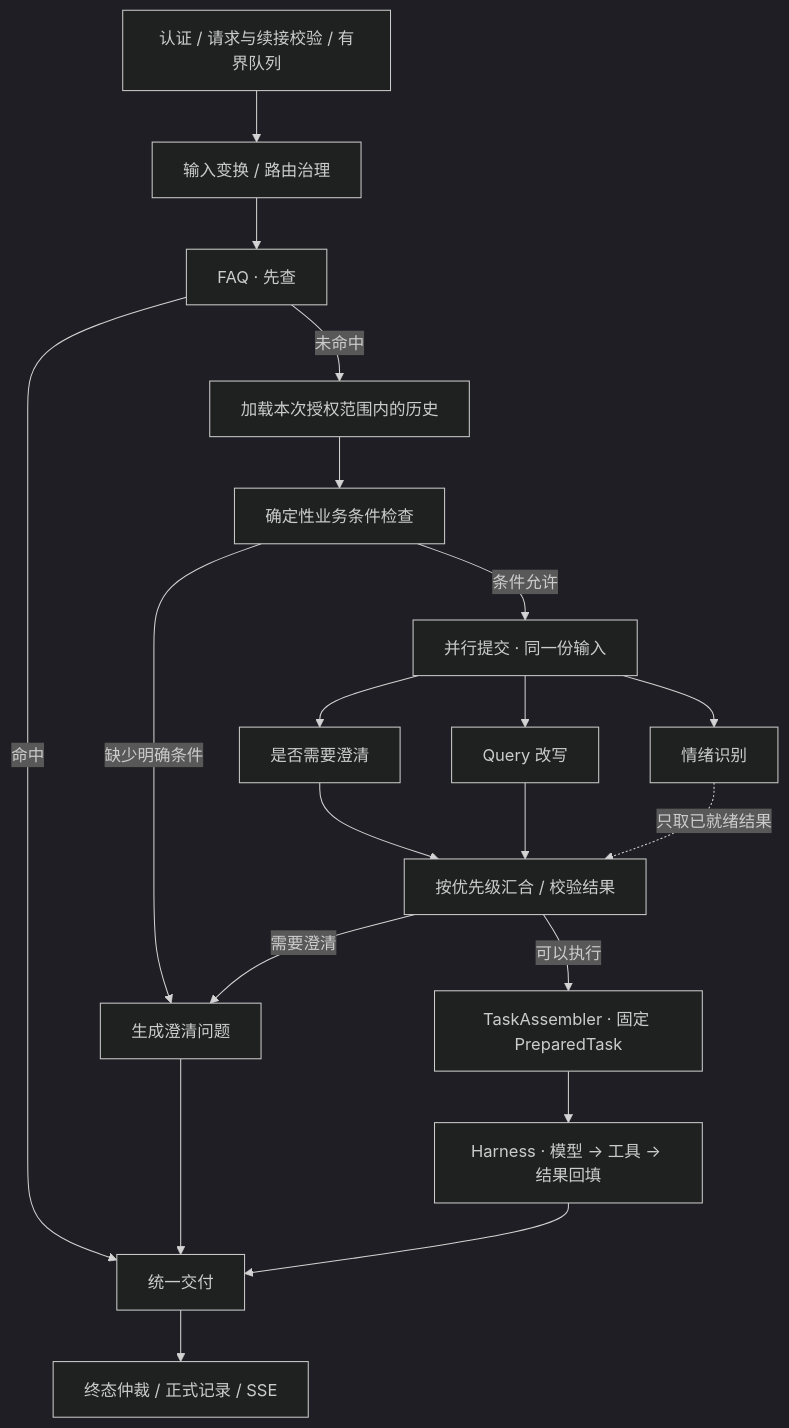
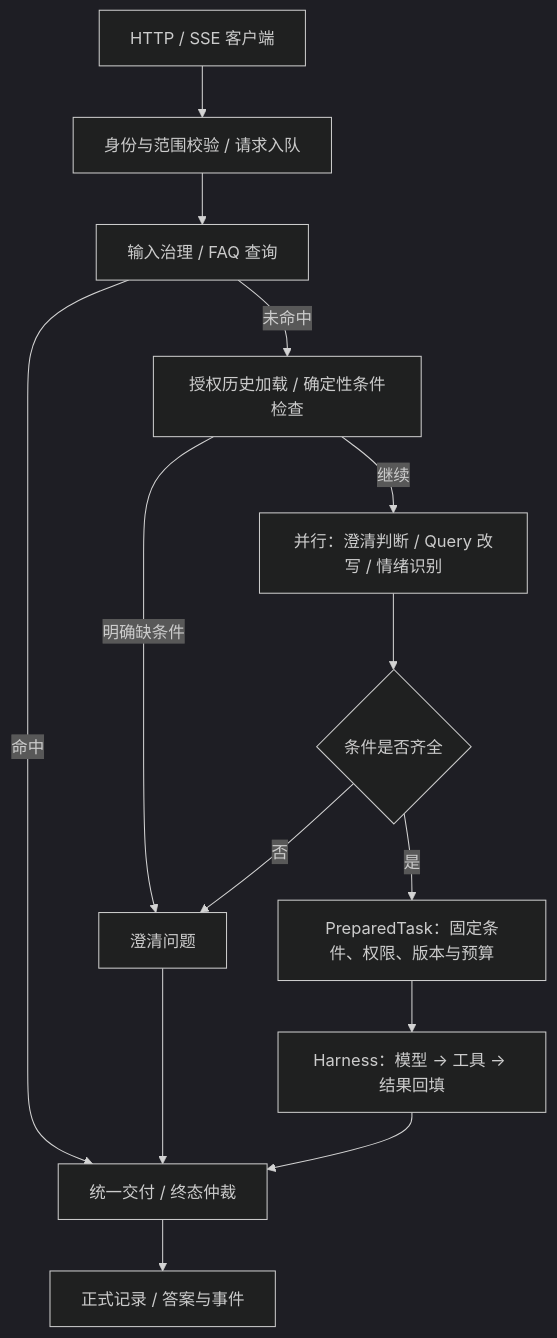
One commit to blackirlsama/DokiTV changed the diagram in README.md. Above: the diagram before and after it, drawn with Mermaid (dark theme). The commit also changed other lines of this file and 1 other file, not shown here.

````diff
--- a/README.md
+++ b/README.md
@@ -138,22 +56,16 @@
 ```mermaid
 flowchart TD
-    A["认证 / 请求与续接校验 / 有界队列"] --> B["输入变换 / 路由治理"]
-    B --> C["FAQ · 先查"]
-    C -->|命中| D["统一交付"]
-    C -->|未命中| M["加载本次授权范围内的历史"]
-    M --> R["确定性业务条件检查"]
-    R -->|缺少明确条件| Q["生成澄清问题"]
-    R -->|条件允许| P["并行提交 · 同一份输入"]
-    P --> P1["是否需要澄清"]
-    P --> P2["Query 改写"]
-    P --> P3["情绪识别"]
-    P1 --> J["按优先级汇合 / 校验结果"]
-    P2 --> J
-    P3 -.只取已就绪结果.-> J
-    J -->|需要澄清| Q
-    J -->|可以执行| T["TaskAssembler · 固定 PreparedTask"]
-    T --> H["Harness · 模型 → 工具 → 结果回填"]
-    H --> D
-    Q --> D
-    D --> E["终态仲裁 / 正式记录 / SSE"]
+    A["HTTP / SSE 客户端"] --> B["身份与范围校验 / 请求入队"]
+    B --> C["输入治理 / FAQ 查询"]
+    C -->|命中| J["统一交付 / 终态仲裁"]
+    C -->|未命中| D["授权历史加载 / 确定性条件检查"]
+    D -->|明确缺条件| Q["澄清问题"]
+    D -->|继续| E["并行：澄清判断 / Query 改写 / 情绪识别"]
+    E --> F{"条件是否齐全"}
+    F -->|否| Q
+    Q --> J
+    F -->|是| G["PreparedTask：固定条件、权限、版本与预算"]
+    G --> H["Harness：模型 → 工具 → 结果回填"]
+    H --> J
+    J --> K["正式记录 / 答案与事件"]
 ```
````
